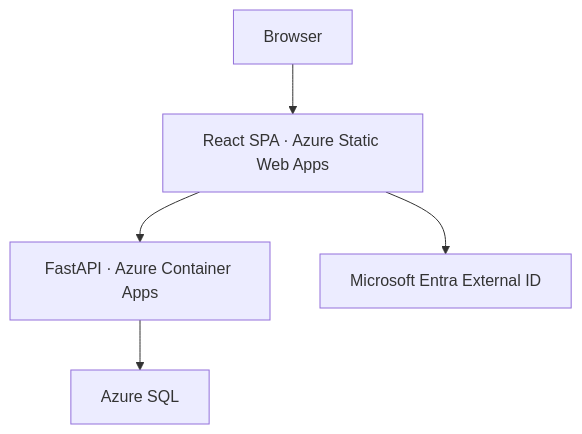
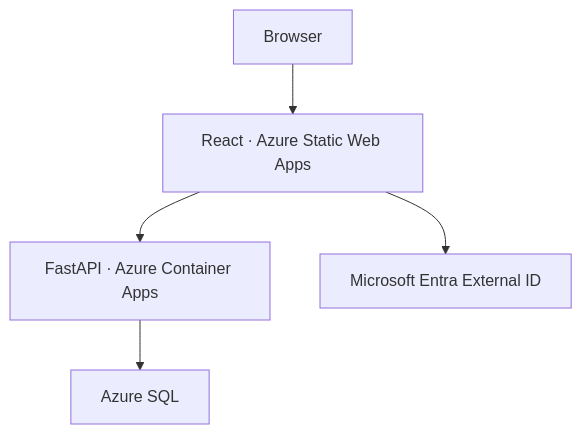
One commit to krispykrits/retail-decision-intelligence changed the diagram in README.md. Above: the diagram before and after it, drawn with Mermaid. The commit also changed other lines of this file and 27 other files, not shown here.

````diff
--- a/README.md
+++ b/README.md
@@ -43,7 +41,7 @@
 ```mermaid
 flowchart TD
-  Browser["Browser"] --> SPA["React SPA · Azure Static Web Apps"]
+  Browser["Browser"] --> SPA["React · Azure Static Web Apps"]
   SPA --> API["FastAPI · Azure Container Apps"]
   SPA --> Identity["Microsoft Entra External ID"]
   API --> SQL["Azure SQL"]
 ```
````
